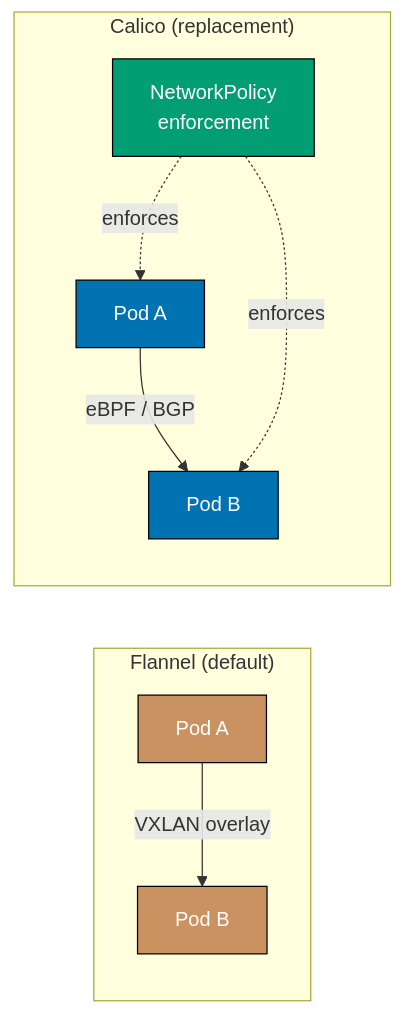
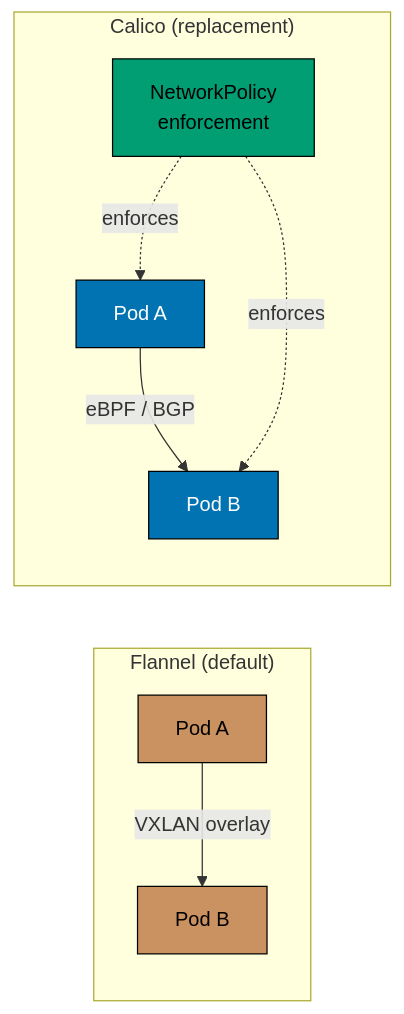
Before and after one commit to wahidyankf/ose-public: the third of 9 diagrams in apps/ayokoding-www/content/en/learn/legacy/software-engineering/infrastructure/tools/k3s/by-example/intermediate.md, drawn with Mermaid. The commit also changed other lines of this file and 131 other files, not shown here.

First line of the commit message:
fix(mermaid): bring the legacy data, infrastructure, and testing diagrams onto the accessible palette

````diff
--- a/apps/ayokoding-www/content/en/learn/legacy/software-engineering/infrastructure/tools/k3s/by-example/intermediate.md
+++ b/apps/ayokoding-www/content/en/learn/legacy/software-engineering/infrastructure/tools/k3s/by-example/intermediate.md
@@ -218,18 +229,24 @@
 ```mermaid
 %% Color Palette: Blue #0173B2, Orange #DE8F05, Teal #029E73, Purple #CC78BC, Brown #CA9161
 graph LR
+    accTitle: Example 32: Replace Flannel with Calico CNI
+    accDescr: Graph with 5 nodes and 4 connections. Nodes: Pod A, Pod B, Pod A, Pod B, NetworkPolicy enforcement. Connections: Pod A to Pod B (VXLAN overlay), Pod A to Pod B (eBPF / BGP), NetworkPolicy enforcement to Pod A (enforces), NetworkPolicy enforcement to Pod B (enforces).
     subgraph Flannel["Flannel (default)"]
         F1["Pod A"] -->|VXLAN overlay| F2["Pod B"]
     end
     subgraph Calico["Calico (replacement)"]
         C1["Pod A"] -->|eBPF / BGP| C2["Pod B"]
         NP["NetworkPolicy<br/>enforcement"] -.->|enforces| C1
         NP -.->|enforces| C2
     end
 
-    style F1 fill:#CA9161,stroke:#000,color:#fff
-    style F2 fill:#CA9161,stroke:#000,color:#fff
-    style C1 fill:#0173B2,stroke:#000,color:#fff
-    style C2 fill:#0173B2,stroke:#000,color:#fff
-    style NP fill:#029E73,stroke:#000,color:#fff
+    classDef pal-CA9161 fill:#CA9161,stroke:#000000,color:#000000
+    class F1 pal-CA9161
+    class F2 pal-CA9161
+    classDef pal-0173B2 fill:#0173B2,stroke:#000000,color:#FFFFFF
+    class C1 pal-0173B2
+    class C2 pal-0173B2
+    classDef pal-029E73 fill:#029E73,stroke:#000000,color:#000000
+    class NP pal-029E73
+    classDef default fill:#FFFFFF,stroke:#000000,color:#000000
 ```
````
